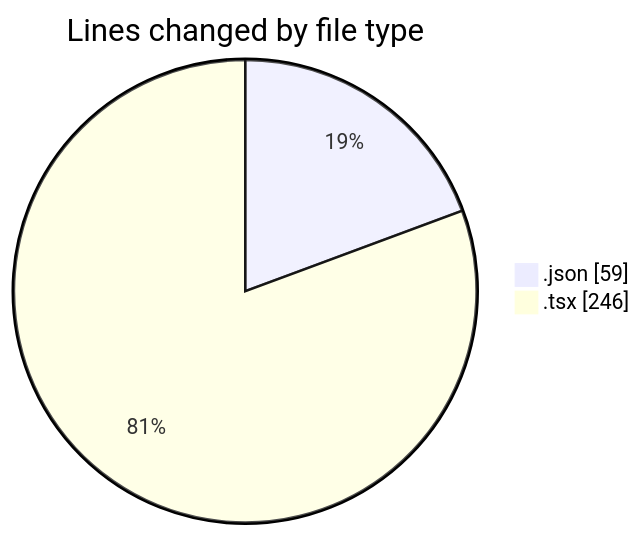
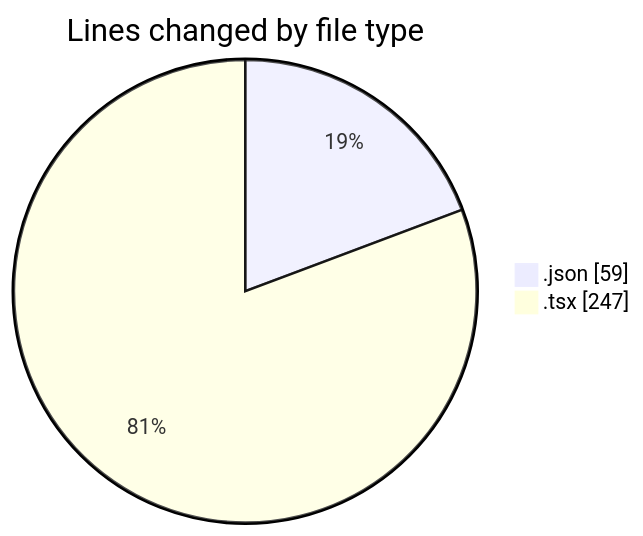
Before and after one commit to momahboobian/code-tracking: the first of 2 diagrams in 2025-11-19/cda/README.md, drawn with Mermaid. The commit also changed other lines of this file and 1 other file, not shown here.

````diff
--- a/2025-11-19/cda/README.md
+++ b/2025-11-19/cda/README.md
@@ -21,6 +21,6 @@
 ```mermaid
 pie showData
 title Lines changed by file type
 ".json" : 59
-".tsx" : 246
+".tsx" : 247
 ```
````
